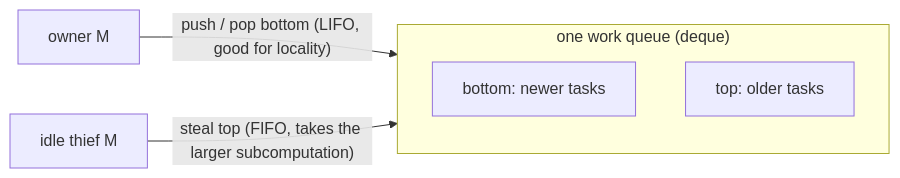
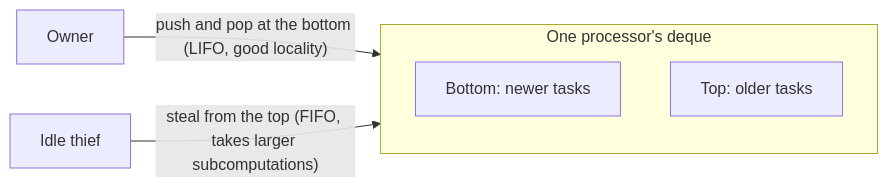
One commit to golang-design/under-the-hood changed the diagram in book/en-us/part3concurrency/ch09sched/steal.md. Above: the diagram before and after it, drawn with Mermaid. The commit also changed other lines of this file and 30 other files, not shown here.

````diff
--- a/book/en-us/part3concurrency/ch09sched/steal.md
+++ b/book/en-us/part3concurrency/ch09sched/steal.md
@@ -63,10 +178,10 @@
 ```mermaid
 flowchart LR
-    OWNER["owner M"] -->|"push / pop bottom (LIFO, good for locality)"| BOT
-    subgraph DQ["one work queue (deque)"]
+    OWNER["Owner"] -->|"push and pop at the bottom (LIFO, good locality)"| BOT
+    subgraph DQ["One processor's deque"]
       direction TB
-      TOP["top: older tasks"]
-      BOT["bottom: newer tasks"]
+      TOP["Top: older tasks"]
+      BOT["Bottom: newer tasks"]
     end
-    THIEF["idle thief M"] -->|"steal top (FIFO, takes the larger subcomputation)"| TOP
+    THIEF["Idle thief"] -->|"steal from the top (FIFO, takes larger subcomputations)"| TOP
 ```
````
